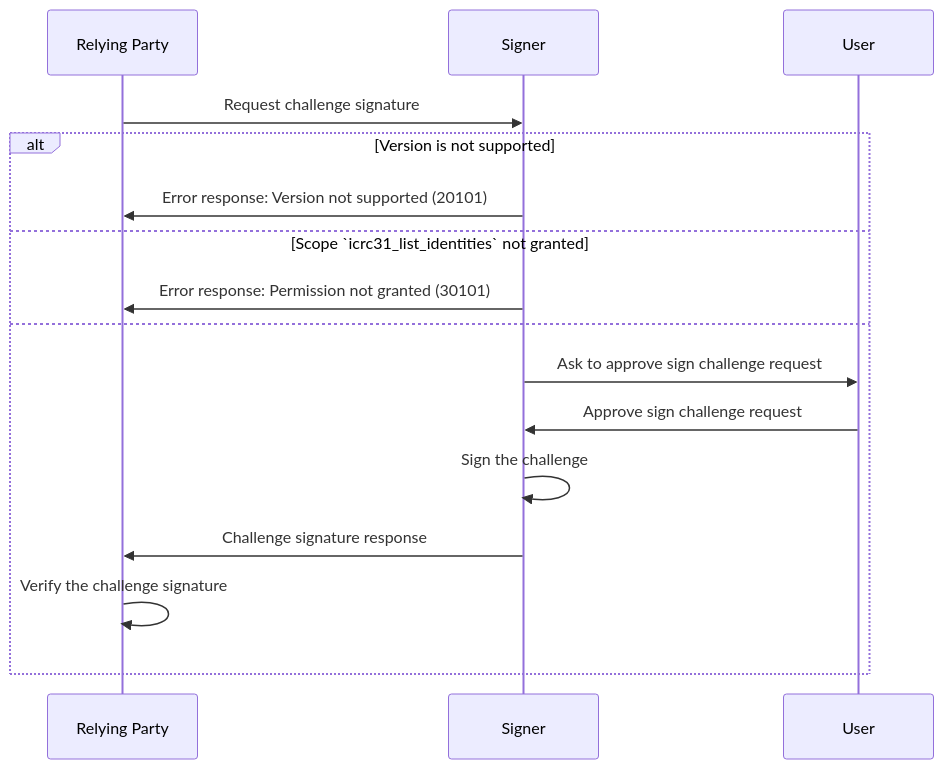
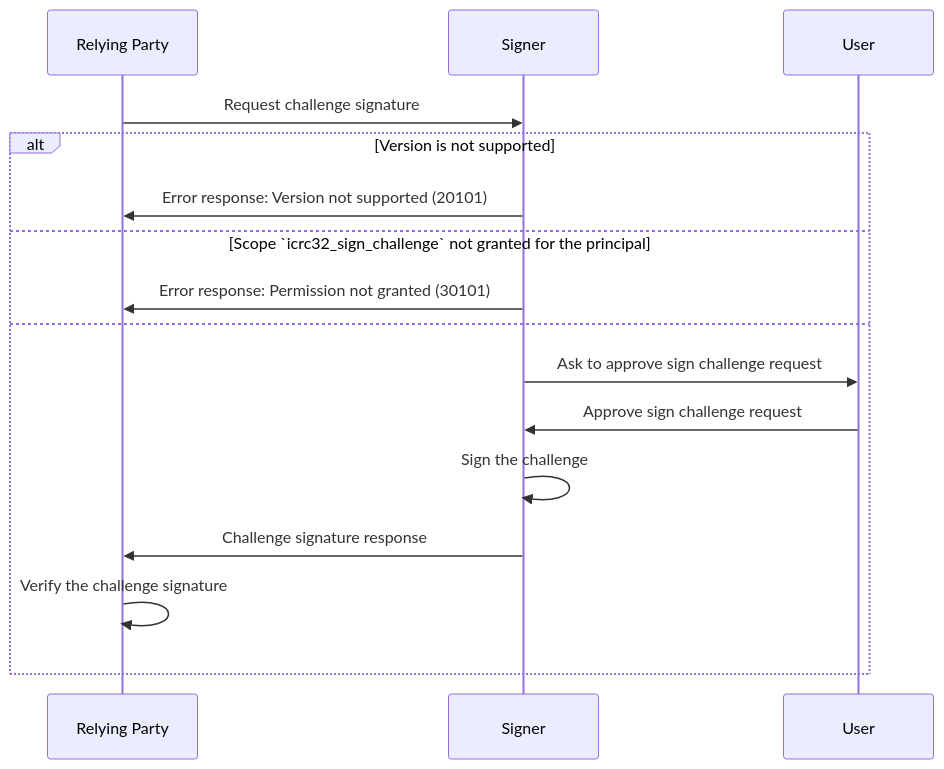
One commit to dfinity/wg-identity-authentication changed the diagram in topics/icrc_32_sign_challenge.md. Above: the diagram before and after it, drawn with Mermaid. The commit also changed other lines of this file and 2 other files, not shown here.

````diff
--- a/topics/icrc_32_sign_challenge.md
+++ b/topics/icrc_32_sign_challenge.md
@@ -104,19 +116,19 @@
 ```mermaid
 sequenceDiagram
     participant RP as Relying Party
     participant S as Signer
     participant U as User
 
     RP ->> S: Request challenge signature
     alt Version is not supported
         S ->> RP: Error response: Version not supported (20101)
-    else Scope `icrc31_list_identities` not granted
+    else Scope `icrc32_sign_challenge` not granted for the principal
         S ->> RP: Error response: Permission not granted (30101)
     else
         S ->> U: Ask to approve sign challenge request
         U ->> S: Approve sign challenge request
         S ->> S: Sign the challenge
         S ->> RP: Challenge signature response
         RP ->> RP: Verify the challenge signature
     end
 ```
````
